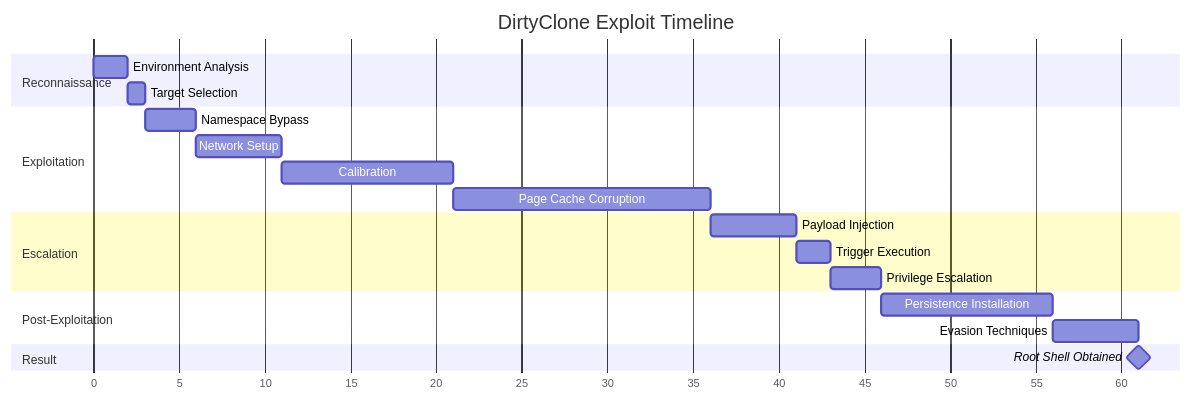
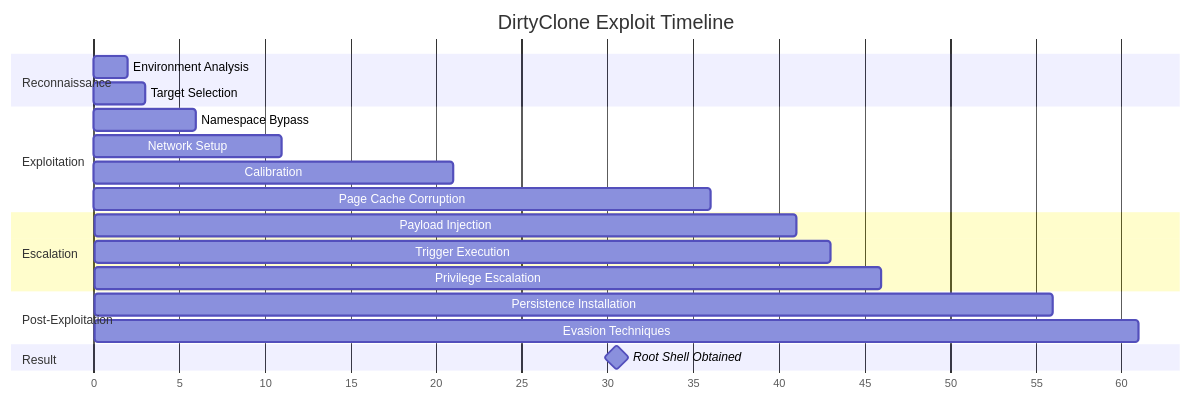
Diagram 12 of 13 in _posts/2026-06-27-CVE-2026-46331.md (vulnquest58/vulnquest58.github.io), drawn with Mermaid before and after one commit. The commit also changed other lines of this file, not shown here.

Commit message:
fix: correct all Mermaid syntax errors in CVE-2026-46331 post

````diff
--- a/_posts/2026-06-27-CVE-2026-46331.md
+++ b/_posts/2026-06-27-CVE-2026-46331.md
@@ -502,28 +502,28 @@
 ```mermaid
 gantt
     title DirtyClone Exploit Timeline
-    dateFormat X
-    axisFormat %s
-    
+    dateFormat  X
+    axisFormat  %s
+
     section Reconnaissance
-    Environment Analysis     :a1, 0, 2s
-    Target Selection         :a2, after a1, 1s
-    
+    Environment Analysis     :a1, 0, 2
+    Target Selection         :a2, 2, 3
+
     section Exploitation
-    Namespace Bypass          :b1, after a2, 3s
-    Network Setup             :b2, after b1, 5s
-    Calibration              :b3, after b2, 10s
-    Page Cache Corruption    :b4, after b3, 15s
-    
+    Namespace Bypass         :b1, 3, 6
+    Network Setup            :b2, 6, 11
+    Calibration              :b3, 11, 21
+    Page Cache Corruption    :b4, 21, 36
+
     section Escalation
-    Payload Injection         :c1, after b4, 5s
-    Trigger Execution         :c2, after c1, 2s
-    Privilege Escalation     :c3, after c2, 3s
-    
+    Payload Injection        :c1, 36, 41
+    Trigger Execution        :c2, 41, 43
+    Privilege Escalation     :c3, 43, 46
+
     section Post-Exploitation
-    Persistence Installation  :d1, after c3, 10s
-    Evasion Techniques        :d2, after d1, 5s
-    
+    Persistence Installation :d1, 46, 56
+    Evasion Techniques       :d2, 56, 61
+
     section Result
-    Root Shell Obtained       :milestone, e1, after d2, 0s
+    Root Shell Obtained      :milestone, e1, 61, 61
 ```
````
